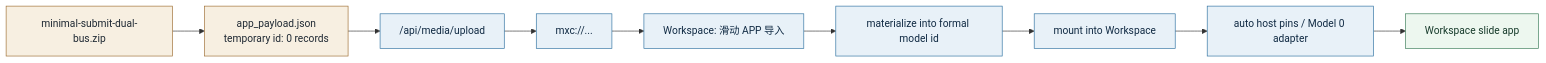
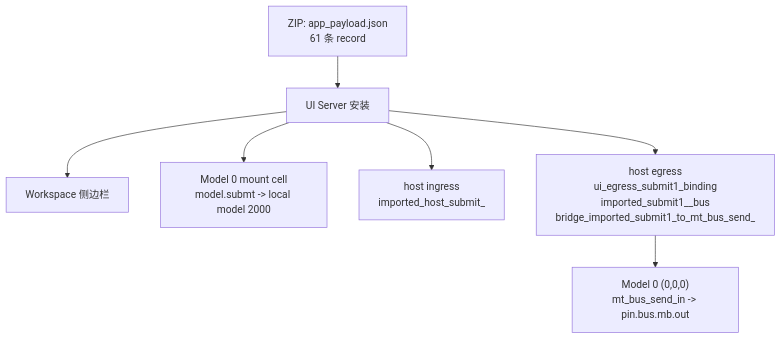
The third of 3 diagrams in docs/user-guide/slide-app-runtime/minimal_submit_app_provider_visualized.md (drooop/dongyu_js_core), drawn with Mermaid before and after one commit. The commit also changed other lines of this file and 16 other files, not shown here.

````diff
--- a/docs/user-guide/slide-app-runtime/minimal_submit_app_provider_visualized.md
+++ b/docs/user-guide/slide-app-runtime/minimal_submit_app_provider_visualized.md
@@ -62,18 +57,16 @@
 ```mermaid
-flowchart LR
-  Zip["minimal-submit-dual-bus.zip"] --> Payload["app_payload.json<br/>temporary id: 0 records"]
-  Payload --> Upload["/api/media/upload"]
-  Upload --> Mxc["mxc://..."]
-  Mxc --> Importer["Workspace: 滑动 APP 导入"]
-  Importer --> Materialize["materialize into formal model id"]
-  Materialize --> Mount["mount into Workspace"]
-  Mount --> Adapter["auto host pins / Model 0 adapter"]
-  Adapter --> App["Workspace slide app"]
-
-  classDef file fill:#f7efe1,stroke:#9b6b2f,color:#1f2933;
-  classDef host fill:#e8f1f8,stroke:#2b6f9f,color:#102a43;
-  classDef app fill:#edf7ef,stroke:#357a54,color:#173b2b;
-  class Zip,Payload file;
-  class Upload,Mxc,Importer,Materialize,Mount,Adapter host;
-  class App app;
+flowchart TB
+  Zip["ZIP: app_payload.json<br/>61 条 record"]
+  Install["UI Server 安装"]
+  Side["Workspace 侧边栏"]
+  Submt["Model 0 mount cell<br/>model.submt -> local model 2000"]
+  Ingress["host ingress<br/>imported_host_submit_<id>"]
+  Egress["host egress<br/>ui_egress_submit1_binding<br/>imported_submit1_<id>_bus<br/>bridge_imported_submit1_to_mt_bus_send_<id>"]
+  Bus["Model 0 (0,0,0)<br/>mt_bus_send_in -> pin.bus.mb.out"]
+  Zip --> Install
+  Install --> Side
+  Install --> Submt
+  Install --> Ingress
+  Install --> Egress
+  Egress --> Bus
 ```
````
